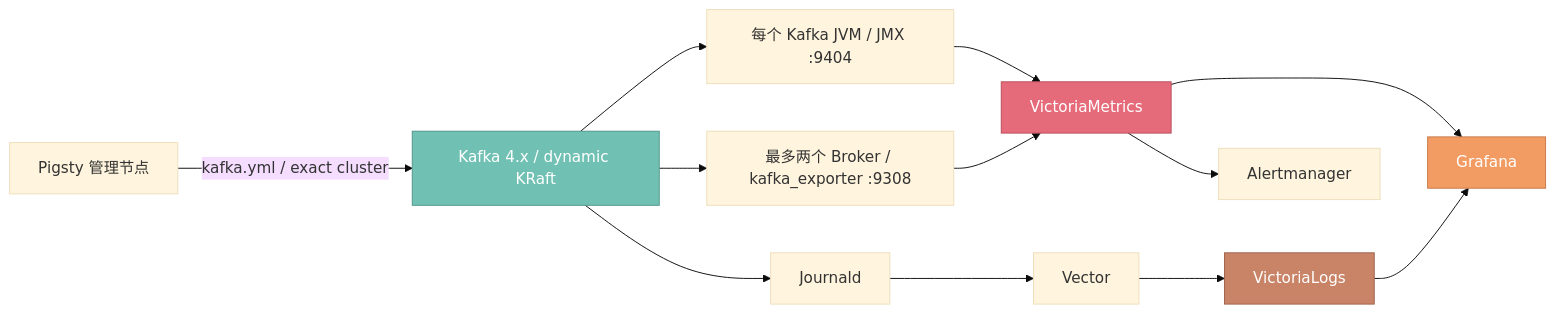
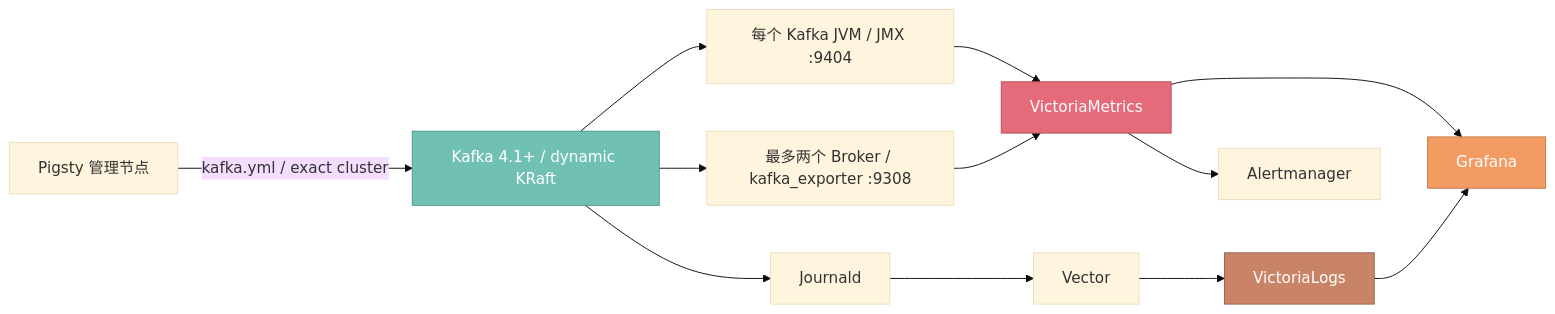
Before and after one commit to pgsty/pigsty.cc: the diagram in content/docs/kafka/_index.md, drawn with Mermaid (base theme). The commit also changed other lines of this file and 5 other files, not shown here.

````diff
--- a/content/docs/kafka/_index.md
+++ b/content/docs/kafka/_index.md
@@ -44,18 +44,18 @@
 ```mermaid
 flowchart LR
-    admin["Pigsty 管理节点"] -->|"kafka.yml / exact cluster"| kafka["Kafka 4.x / dynamic KRaft"]
+    admin["Pigsty 管理节点"] -->|"kafka.yml / exact cluster"| kafka["Kafka 4.1+ / dynamic KRaft"]
     kafka --> jmx["每个 Kafka JVM / JMX :9404"]
     kafka --> exporter["最多两个 Broker / kafka_exporter :9308"]
     kafka --> journal["Journald"]
     jmx --> vm["VictoriaMetrics"]
     exporter --> vm
     journal --> vector["Vector"] --> vl["VictoriaLogs"]
     vm --> grafana["Grafana"]
     vl --> grafana
     vm --> alert["Alertmanager"]
 
     style kafka fill:#70C1B3,stroke:#4f968b,color:#fff
     style vm fill:#E66B7A,stroke:#b84e5c,color:#fff
     style vl fill:#C98367,stroke:#9e634e,color:#fff
     style grafana fill:#F29C64,stroke:#c77845,color:#fff
 ```
````
